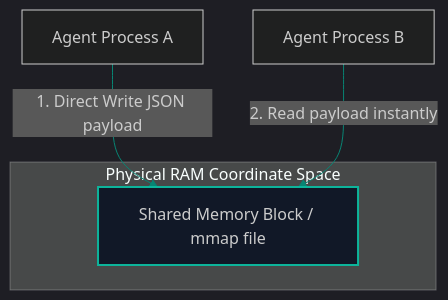
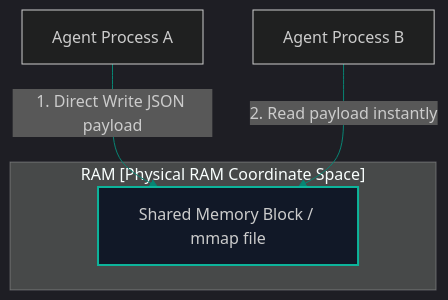
One commit to akmalkhaniub/akmalkhaniub.github.io changed the diagram in blog/posts/edge-agents-shared-memory-ipc-latency.md. Above: the diagram before and after it, drawn with Mermaid. The commit also changed 600 other files, not shown here.

Commit message:
fix(blog): resolve Mermaid v10 syntax errors across Figure 1 and publication subgraphs

````diff
--- a/blog/posts/edge-agents-shared-memory-ipc-latency.md
+++ b/blog/posts/edge-agents-shared-memory-ipc-latency.md
@@ -16,12 +16,12 @@
 ```mermaid
 %%{init: {'theme': 'dark', 'themeVariables': { 'primaryColor': '#088574', 'primaryTextColor': '#f3f4f6', 'primaryBorderColor': '#0db49b', 'lineColor': '#088574', 'secondaryColor': '#111827', 'tertiaryColor': '#0b0f19'}}}%%
 flowchart TD
-    subgraph RAM [Physical RAM Coordinate Space]
+    subgraph SG1_RamPhysicalRam ["RAM [Physical RAM Coordinate Space]"]
         SharedBlock[Shared Memory Block / mmap file]
     end
 
     AgentA[Agent Process A] -->|1. Direct Write JSON payload| SharedBlock
     AgentB[Agent Process B] -->|2. Read payload instantly| SharedBlock
     
     style SharedBlock fill:#111827,stroke:#0db49b,stroke-width:2px
 ```
````
